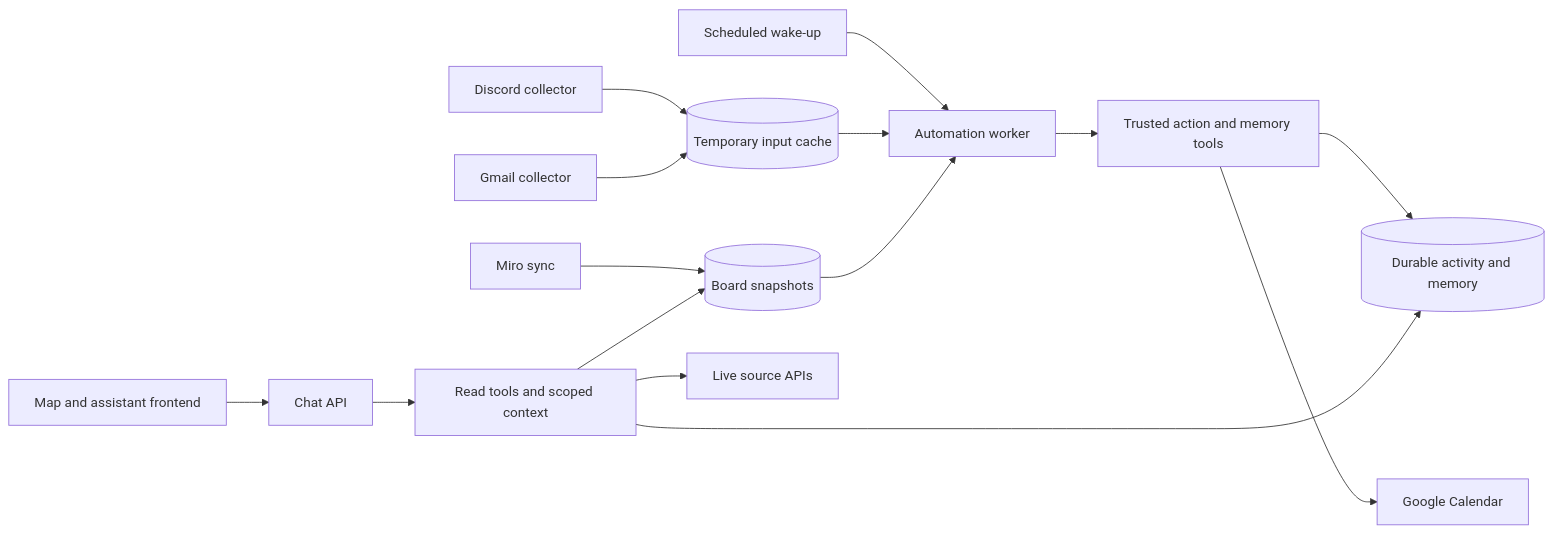
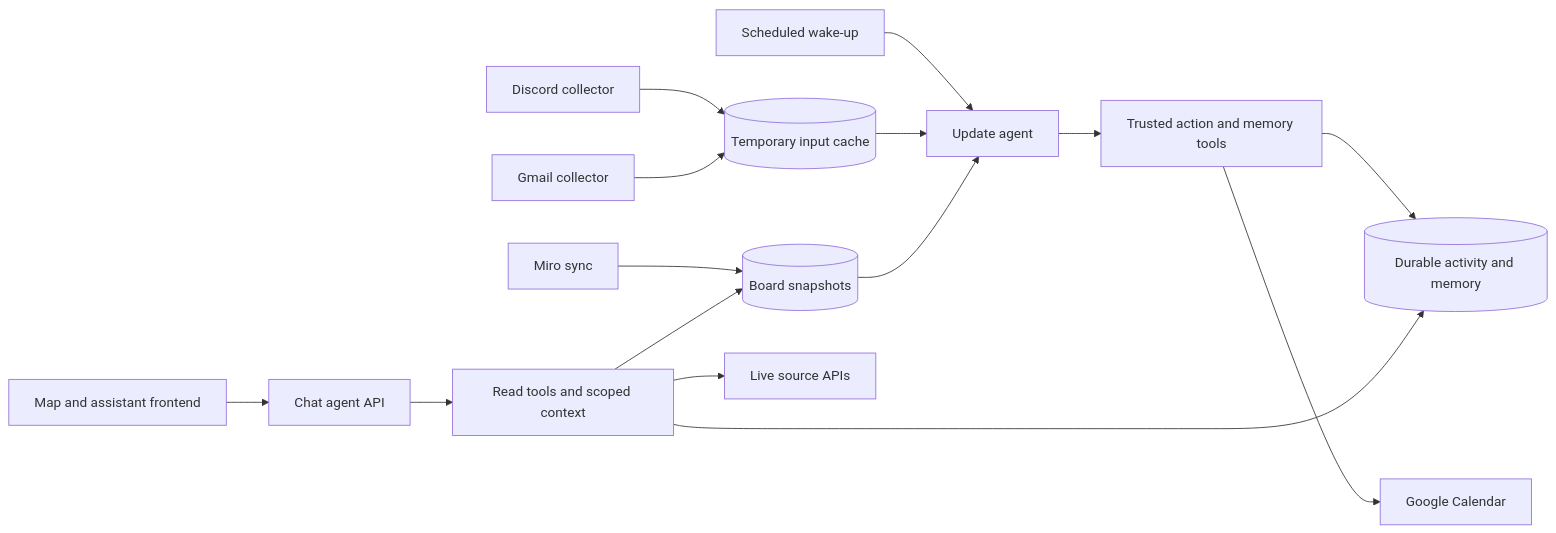
Before and after one commit to yuyanghu06/flockatnyu: the diagram in docs/architecture.md, drawn with Mermaid. The commit also changed other lines of this file and 215 other files, not shown here.

````diff
--- a/docs/architecture.md
+++ b/docs/architecture.md
@@ -26,17 +28,17 @@
 ```mermaid
 flowchart LR
   D[Discord collector] --> Q[(Temporary input cache)]
   G[Gmail collector] --> Q
   M[Miro sync] --> B[(Board snapshots)]
-  T[Scheduled wake-up] --> A[Automation worker]
+  T[Scheduled wake-up] --> A[Update agent]
   Q --> A
   B --> A
   A --> X[Trusted action and memory tools]
   X --> C[Google Calendar]
   X --> S[(Durable activity and memory)]
-  U[Map and assistant frontend] --> H[Chat API]
+  U[Map and assistant frontend] --> H[Chat agent API]
   H --> R[Read tools and scoped context]
   R --> S
   R --> B
   R --> L[Live source APIs]
 ```
````
